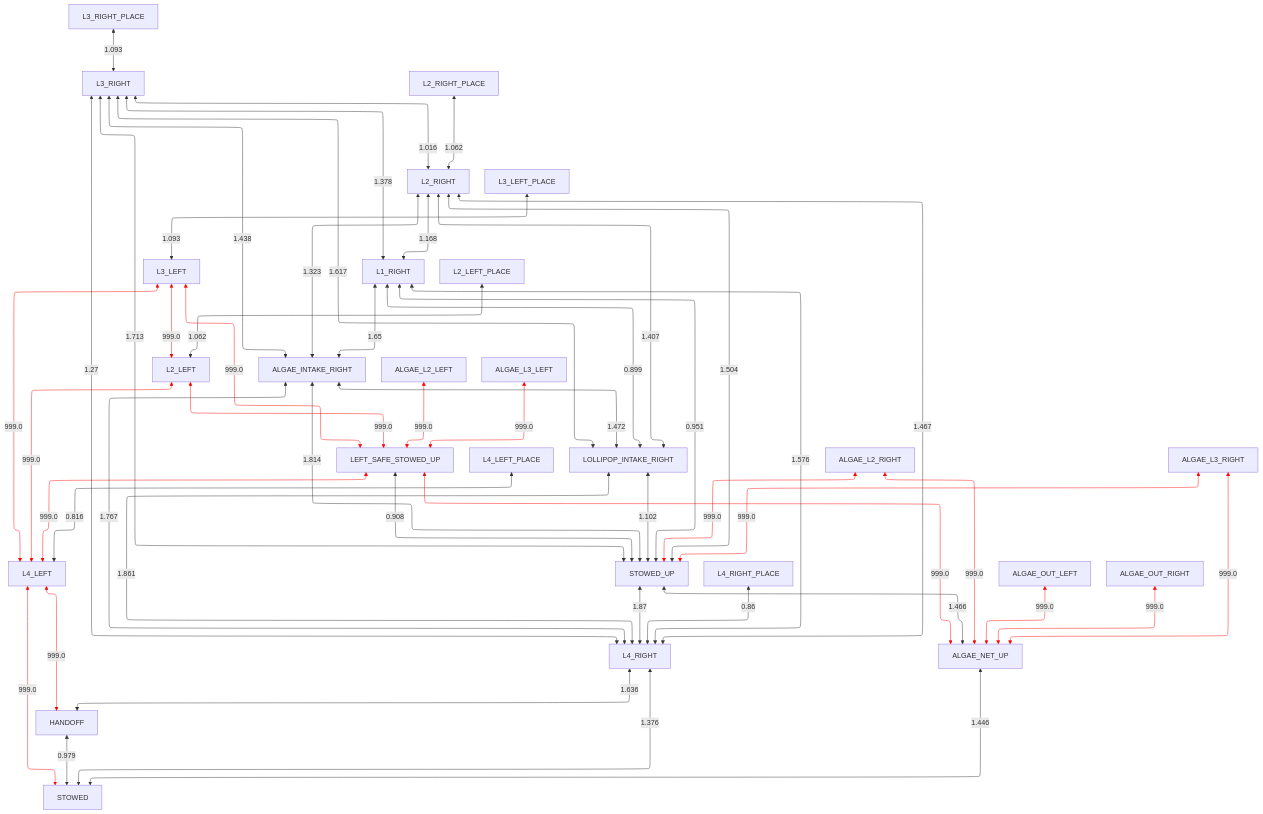
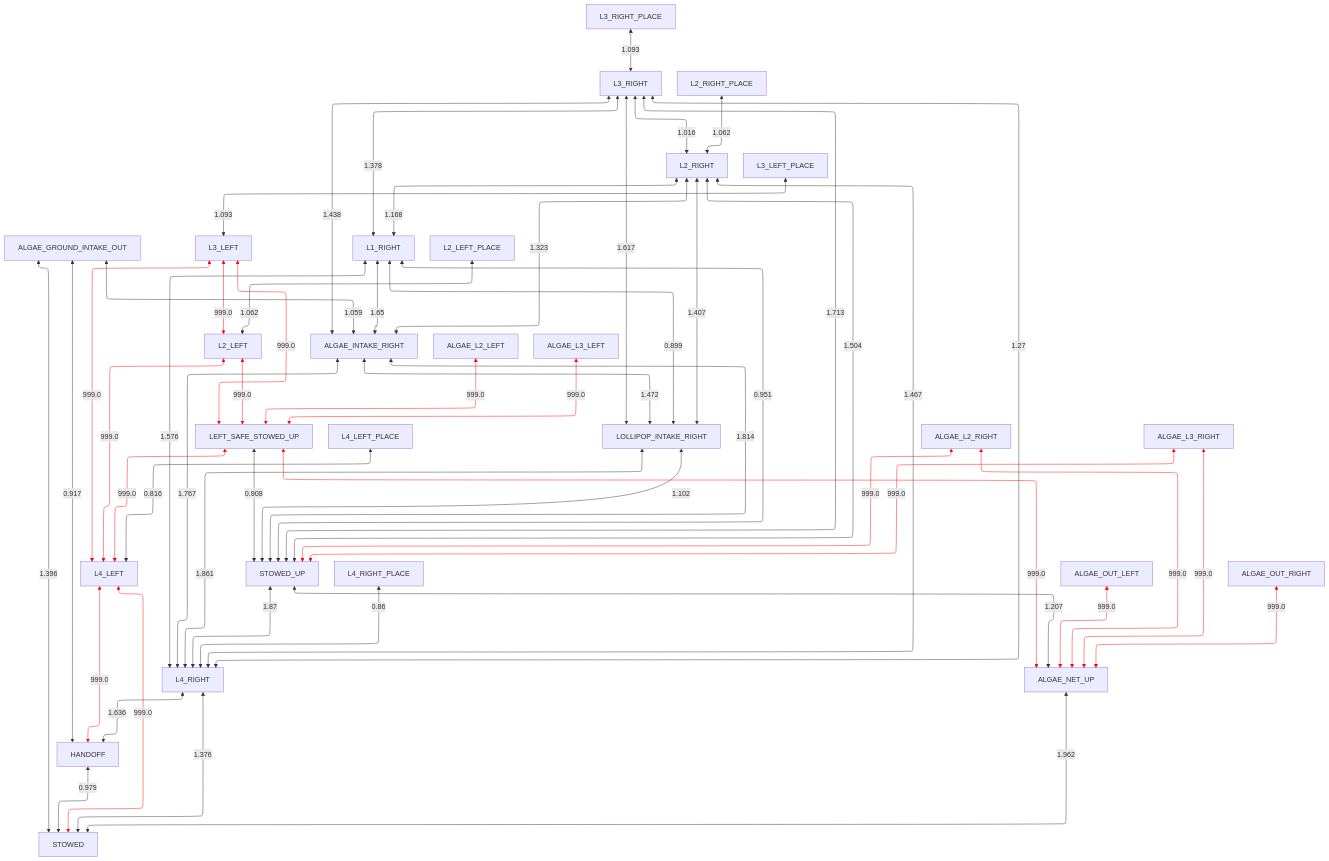
The diagram in docs/collision_avoidance/left_obstructed.md (team581/offseason-2025-comp), drawn with Mermaid before and after one commit. The commit also changed 3 other files, not shown here.

````diff
--- a/docs/collision_avoidance/left_obstructed.md
+++ b/docs/collision_avoidance/left_obstructed.md
@@ -3,57 +3,60 @@
 ```mermaid
 %%{ init: { "flowchart": { "defaultRenderer": "elk" } } }%%
 graph TD
 
 HANDOFF <-- 0.979 --> STOWED
 L4_LEFT <-- 999.0 --> STOWED
 L4_RIGHT <-- 1.376 --> STOWED
-ALGAE_NET_UP <-- 1.446 --> STOWED
+ALGAE_NET_UP <-- 1.962 --> STOWED
+ALGAE_GROUND_INTAKE_OUT <-- 1.396 --> STOWED
 L4_LEFT <-- 999.0 --> HANDOFF
 L4_RIGHT <-- 1.636 --> HANDOFF
+ALGAE_GROUND_INTAKE_OUT <-- 0.917 --> HANDOFF
 LEFT_SAFE_STOWED_UP <-- 999.0 --> L4_LEFT
 L2_LEFT <-- 999.0 --> L4_LEFT
 L3_LEFT <-- 999.0 --> L4_LEFT
 L4_LEFT_PLACE <-- 0.816 --> L4_LEFT
 STOWED_UP <-- 1.87 --> L4_RIGHT
 ALGAE_INTAKE_RIGHT <-- 1.767 --> L4_RIGHT
 LOLLIPOP_INTAKE_RIGHT <-- 1.861 --> L4_RIGHT
 L1_RIGHT <-- 1.576 --> L4_RIGHT
 L2_RIGHT <-- 1.467 --> L4_RIGHT
 L3_RIGHT <-- 1.27 --> L4_RIGHT
 L4_RIGHT_PLACE <-- 0.86 --> L4_RIGHT
 LEFT_SAFE_STOWED_UP <-- 999.0 --> ALGAE_NET_UP
-STOWED_UP <-- 1.466 --> ALGAE_NET_UP
+STOWED_UP <-- 1.207 --> ALGAE_NET_UP
 ALGAE_OUT_LEFT <-- 999.0 --> ALGAE_NET_UP
 ALGAE_OUT_RIGHT <-- 999.0 --> ALGAE_NET_UP
 ALGAE_L2_RIGHT <-- 999.0 --> ALGAE_NET_UP
 ALGAE_L3_RIGHT <-- 999.0 --> ALGAE_NET_UP
 LEFT_SAFE_STOWED_UP <-- 0.908 --> STOWED_UP
 LOLLIPOP_INTAKE_RIGHT <-- 1.102 --> STOWED_UP
 ALGAE_INTAKE_RIGHT <-- 1.814 --> STOWED_UP
 L1_RIGHT <-- 0.951 --> STOWED_UP
 L2_RIGHT <-- 1.504 --> STOWED_UP
 L3_RIGHT <-- 1.713 --> STOWED_UP
 ALGAE_L2_RIGHT <-- 999.0 --> STOWED_UP
 ALGAE_L3_RIGHT <-- 999.0 --> STOWED_UP
 L2_LEFT <-- 999.0 --> LEFT_SAFE_STOWED_UP
 L3_LEFT <-- 999.0 --> LEFT_SAFE_STOWED_UP
 ALGAE_L2_LEFT <-- 999.0 --> LEFT_SAFE_STOWED_UP
 ALGAE_L3_LEFT <-- 999.0 --> LEFT_SAFE_STOWED_UP
 ALGAE_INTAKE_RIGHT <-- 1.472 --> LOLLIPOP_INTAKE_RIGHT
 L1_RIGHT <-- 0.899 --> LOLLIPOP_INTAKE_RIGHT
 L2_RIGHT <-- 1.407 --> LOLLIPOP_INTAKE_RIGHT
 L3_RIGHT <-- 1.617 --> LOLLIPOP_INTAKE_RIGHT
 L1_RIGHT <-- 1.65 --> ALGAE_INTAKE_RIGHT
 L2_RIGHT <-- 1.323 --> ALGAE_INTAKE_RIGHT
 L3_RIGHT <-- 1.438 --> ALGAE_INTAKE_RIGHT
+ALGAE_GROUND_INTAKE_OUT <-- 1.059 --> ALGAE_INTAKE_RIGHT
 L3_LEFT <-- 999.0 --> L2_LEFT
 L2_LEFT_PLACE <-- 1.062 --> L2_LEFT
 L3_LEFT_PLACE <-- 1.093 --> L3_LEFT
 L2_RIGHT <-- 1.168 --> L1_RIGHT
 L3_RIGHT <-- 1.378 --> L1_RIGHT
 L3_RIGHT <-- 1.016 --> L2_RIGHT
 L2_RIGHT_PLACE <-- 1.062 --> L2_RIGHT
 L3_RIGHT_PLACE <-- 1.093 --> L3_RIGHT
 
-linkStyle 1,4,6,7,8,17,19,20,21,22,29,30,31,32,33,34,42 stroke:red;
+linkStyle 1,5,8,9,10,19,21,22,23,24,31,32,33,34,35,36,45 stroke:red;
 ```
````
